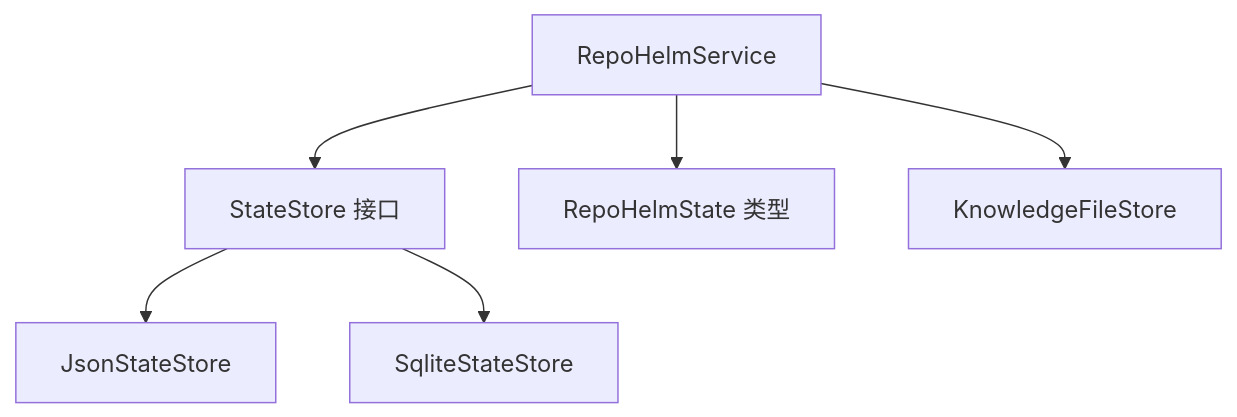
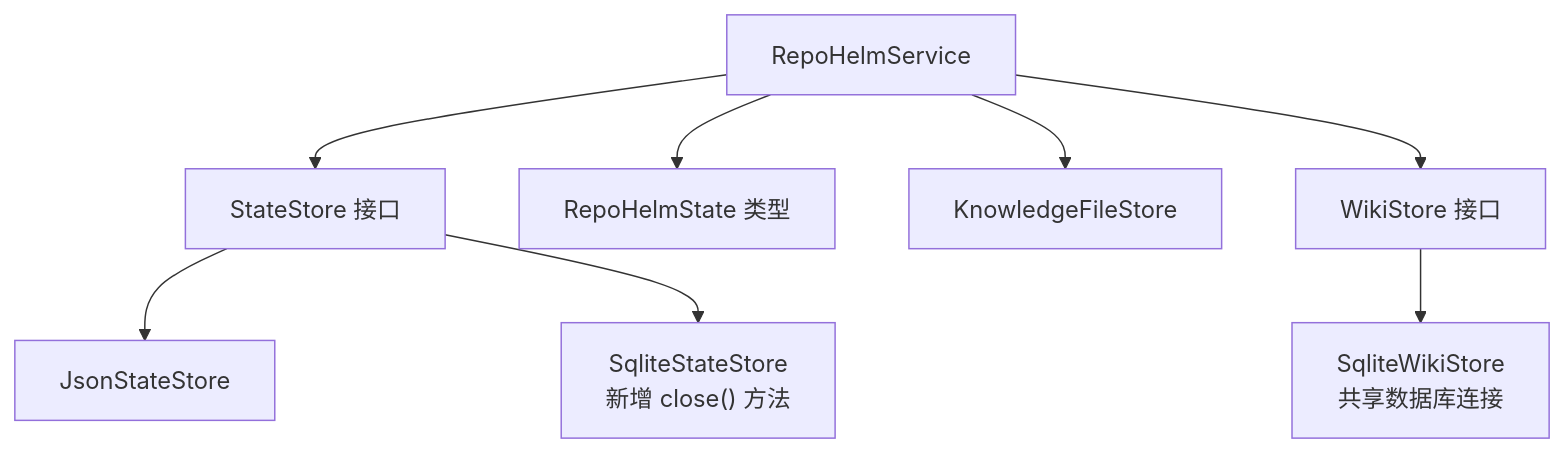
The sixth of 6 diagrams in .qoder/repowiki/zh/content/数据模型和类型系统/状态存储模型.md (coconilu/RepoHelm), drawn with Mermaid before and after one commit. The commit also changed other lines of this file and 3 other files, not shown here.

First line of the commit message:
Docs: add Sqlite close(), WikiStore & graceful shutdown

````diff
--- a/.qoder/repowiki/zh/content/数据模型和类型系统/状态存储模型.md
+++ b/.qoder/repowiki/zh/content/数据模型和类型系统/状态存储模型.md
@@ -331,8 +383,10 @@
 ```mermaid
 graph TB
 Service["RepoHelmService"] --> Store["StateStore 接口"]
 Service --> Types["RepoHelmState 类型"]
 Service --> Knowledge["KnowledgeFileStore"]
+Service --> WikiStore["WikiStore 接口"]
 Store --> JsonStore["JsonStateStore"]
-Store --> SqliteStore["SqliteStateStore"]
+Store --> SqliteStore["SqliteStateStore<br/>新增 close() 方法"]
+WikiStore --> SqliteWikiStore["SqliteWikiStore<br/>共享数据库连接"]
 ```
````
